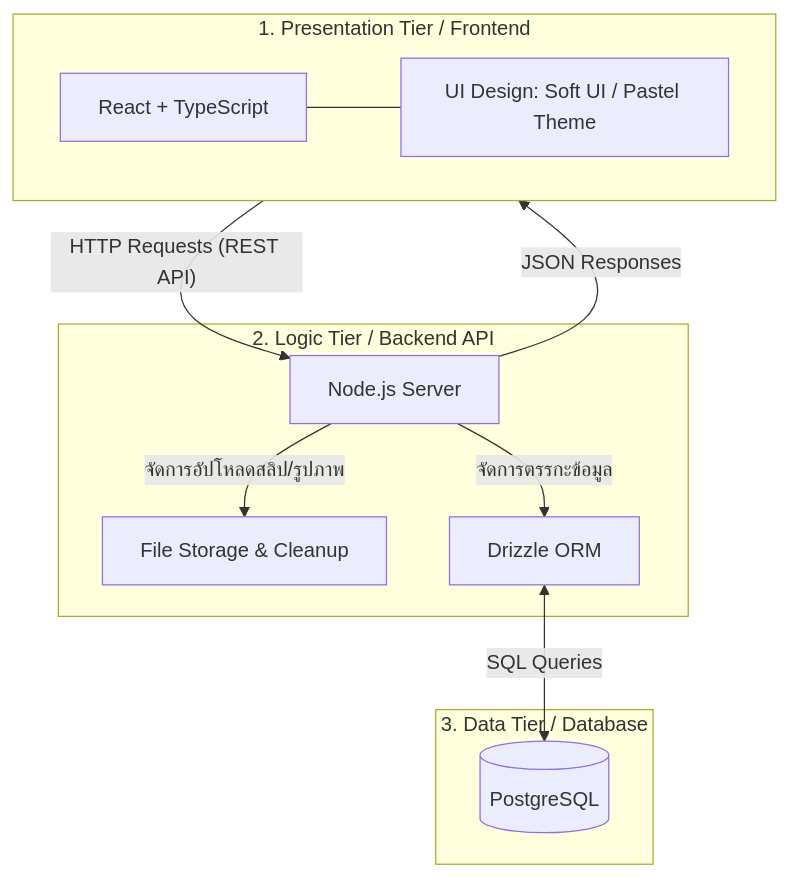
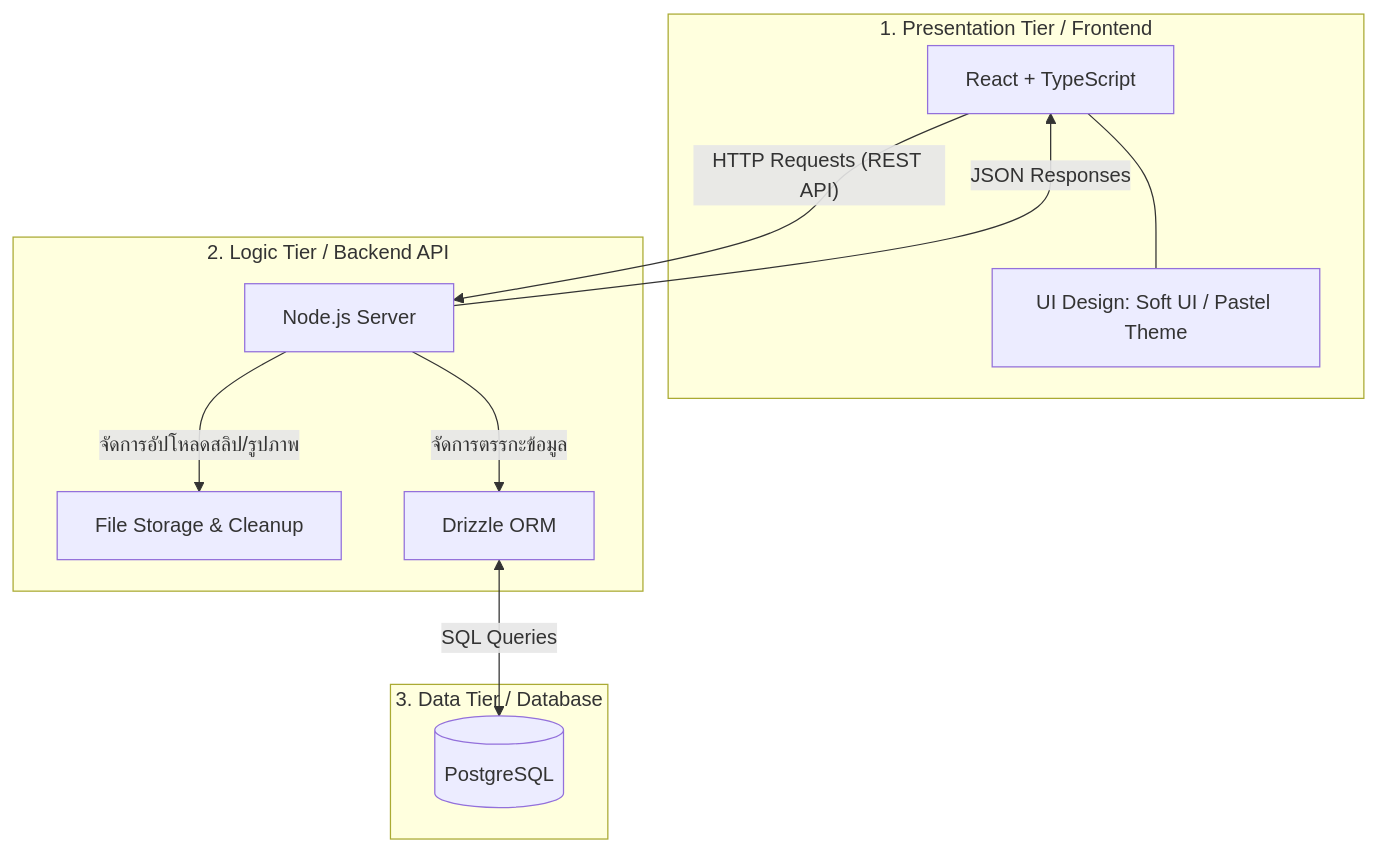
Before and after one commit to lkicbslibc1/sport-ecommerce: the diagram in README.md, drawn with Mermaid. The commit also changed other lines of this file and 4 other files, not shown here.

````diff
--- a/README.md
+++ b/README.md
@@ -177,26 +177,26 @@
 ```mermaid
 graph TD
-    subgraph Tier1 [1. Presentation Tier / Frontend]
-        React[React + TypeScript]
-        UI[UI Design: Soft UI / Pastel Theme]
+    subgraph Tier1 ["1. Presentation Tier / Frontend"]
+        React["React + TypeScript"]
+        UI["UI Design: Soft UI / Pastel Theme"]
         React --- UI
     end
 
-    subgraph Tier2 [2. Logic Tier / Backend API]
-        Node[Node.js Server]
-        Storage[File Storage & Cleanup]
-        Drizzle[Drizzle ORM]
+    subgraph Tier2 ["2. Logic Tier / Backend API"]
+        Node["Node.js Server"]
+        Storage["File Storage & Cleanup"]
+        Drizzle["Drizzle ORM"]
         
         Node -- "จัดการอัปโหลดสลิป/รูปภาพ" --> Storage
         Node -- "จัดการตรรกะข้อมูล" --> Drizzle
     end
 
-    subgraph Tier3 [3. Data Tier / Database]
-        DB[(PostgreSQL)]
+    subgraph Tier3 ["3. Data Tier / Database"]
+        DB[("PostgreSQL")]
     end
 
     %% Data Flow
-    Tier1 -- "HTTP Requests (REST API)" --> Node
-    Node -- "JSON Responses" --> Tier1
+    React -- "HTTP Requests (REST API)" --> Node
+    Node -- "JSON Responses" --> React
     Drizzle -- "SQL Queries" <--> DB
 ```
````
